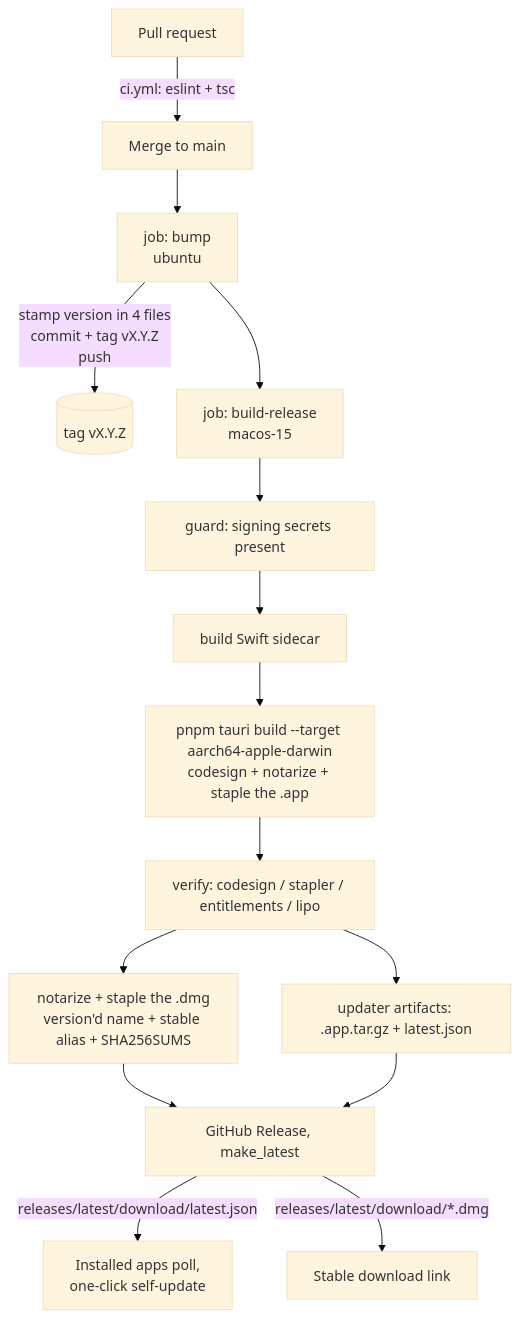
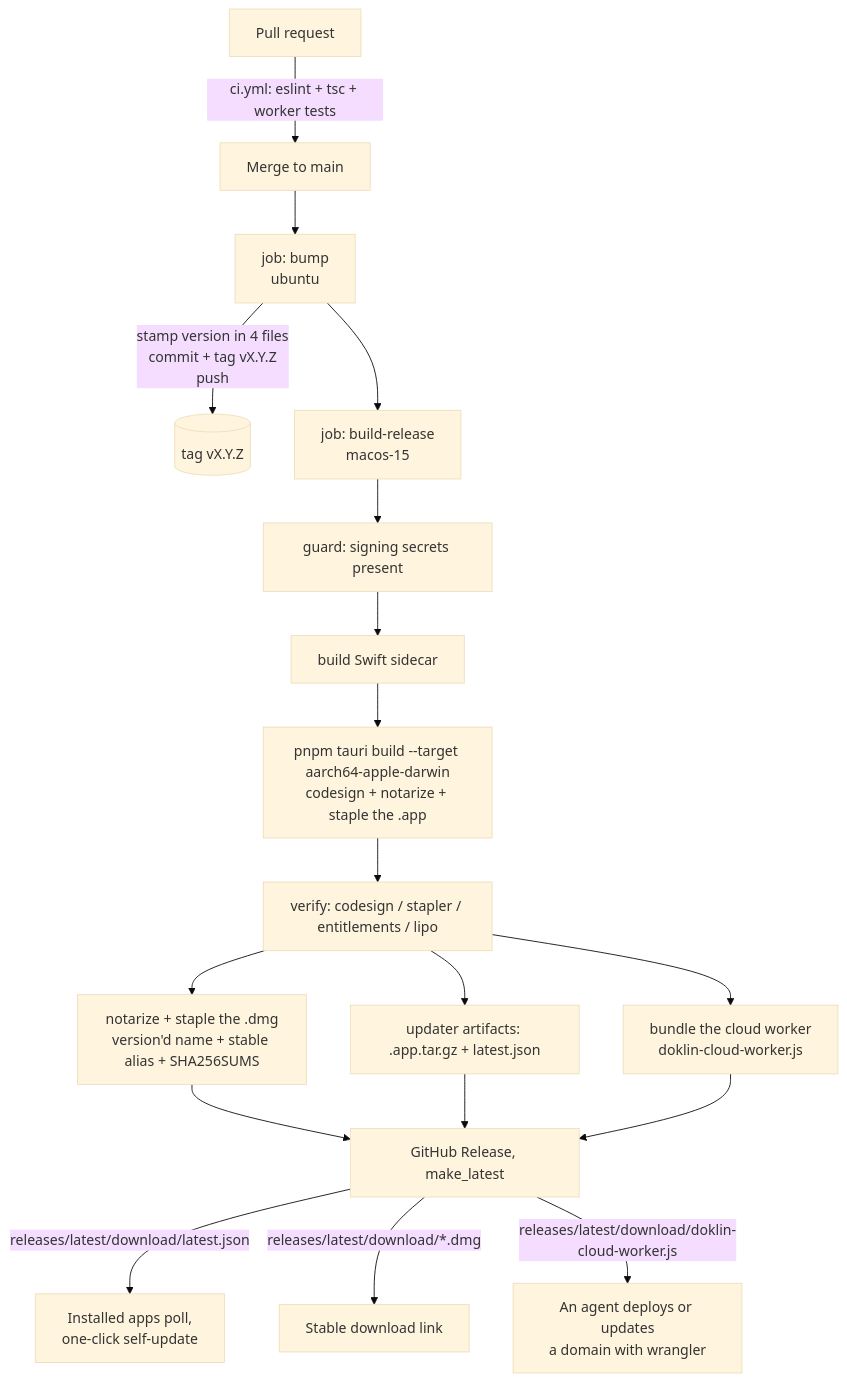
One commit to boat-builder/doklin changed the diagram in docs/release-pipeline.md. Above: the diagram before and after it, drawn with Mermaid (base theme). The commit also changed other lines of this file and 27 other files, not shown here.

````diff
--- a/docs/release-pipeline.md
+++ b/docs/release-pipeline.md
@@ -21,17 +21,20 @@
 ```mermaid
 flowchart TD
-  PR[Pull request] -->|ci.yml: eslint + tsc| M[Merge to main]
+  PR[Pull request] -->|ci.yml: eslint + tsc + worker tests| M[Merge to main]
   M --> B[job: bump<br/>ubuntu]
   B -->|stamp version in 4 files<br/>commit + tag vX.Y.Z<br/>push| T[(tag vX.Y.Z)]
   B --> R[job: build-release<br/>macos-15]
   R --> G1[guard: signing secrets present]
   G1 --> S[build Swift sidecar]
   S --> TB[pnpm tauri build --target aarch64-apple-darwin<br/>codesign + notarize + staple the .app]
   TB --> V[verify: codesign / stapler / entitlements / lipo]
   V --> D[notarize + staple the .dmg<br/>version'd name + stable alias + SHA256SUMS]
   V --> U[updater artifacts: .app.tar.gz + latest.json]
+  V --> W[bundle the cloud worker<br/>doklin-cloud-worker.js]
   D --> P[GitHub Release, make_latest]
   U --> P
+  W --> P
   P -->|releases/latest/download/latest.json| A[Installed apps poll,<br/>one-click self-update]
   P -->|releases/latest/download/*.dmg| L[Stable download link]
+  P -->|releases/latest/download/doklin-cloud-worker.js| C[An agent deploys or updates<br/>a domain with wrangler]
 ```
````
